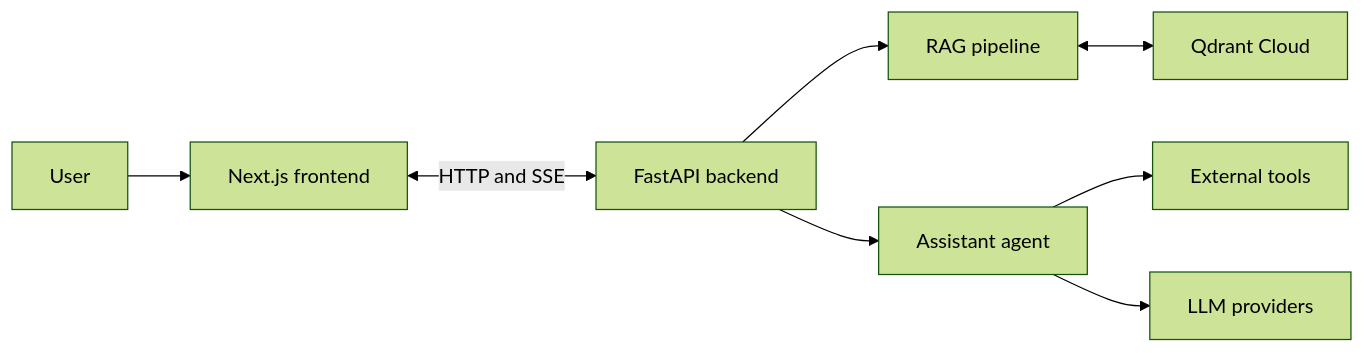
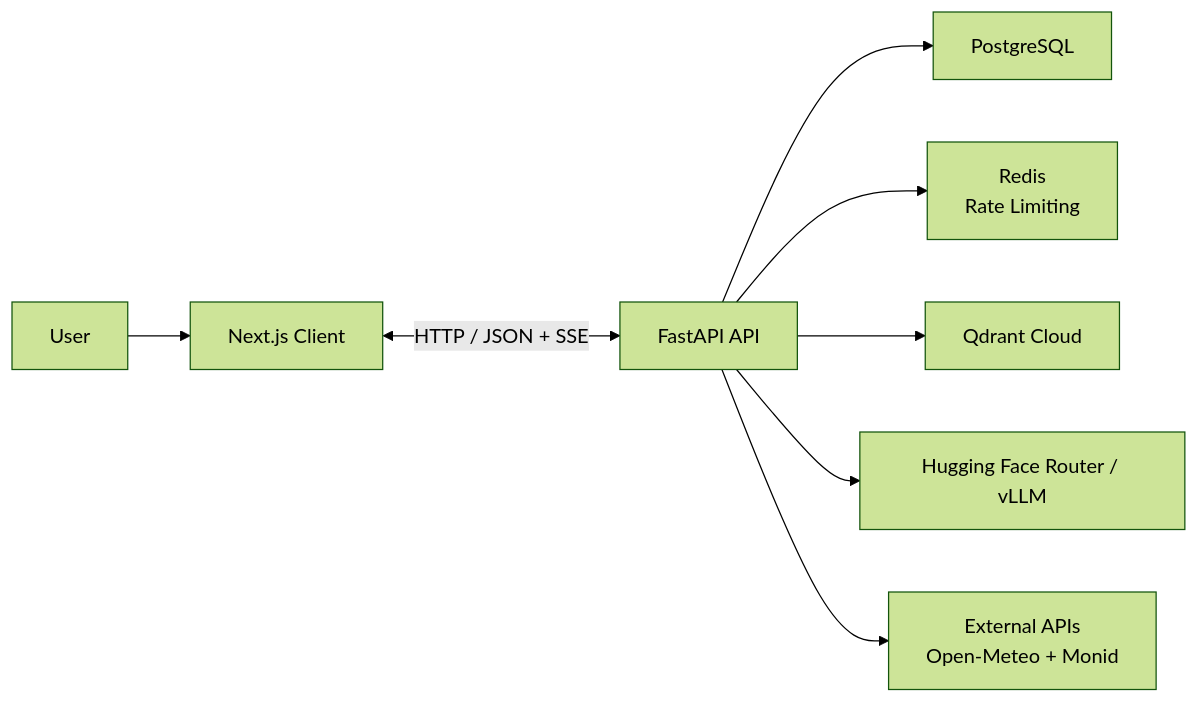
Before and after one commit to ManishJoc14/Fusemachines: the first of 9 diagrams in week15-engineering-ai-systems/task1-ai-assistant-backend/docs/architecture.md, drawn with Mermaid (forest theme). The commit also changed other lines of this file and 1 other file, not shown here.

````diff
--- a/week15-engineering-ai-systems/task1-ai-assistant-backend/docs/architecture.md
+++ b/week15-engineering-ai-systems/task1-ai-assistant-backend/docs/architecture.md
@@ -9,12 +9,10 @@
 ```mermaid
 flowchart LR
-    User["User"] --> Frontend["Next.js frontend"]
-    Frontend <-->|"HTTP and SSE"| Backend["FastAPI backend"]
-
-    Backend --> RAG["RAG pipeline"]
-    Backend --> Agent["Assistant agent"]
-
-    RAG <--> Qdrant["Qdrant Cloud"]
-    Agent --> Tools["External tools"]
-    Agent --> Models["LLM providers"]
+    User["User"] --> Client["Next.js Client"]
+    Client <-->|"HTTP / JSON + SSE"| API["FastAPI API"]
+    API --> PostgreSQL["PostgreSQL"]
+    API --> Redis["Redis\nRate Limiting"]
+    API --> Qdrant["Qdrant Cloud"]
+    API --> LLM["Hugging Face Router / vLLM"]
+    API --> External["External APIs\nOpen-Meteo + Monid"]
 ```
````
